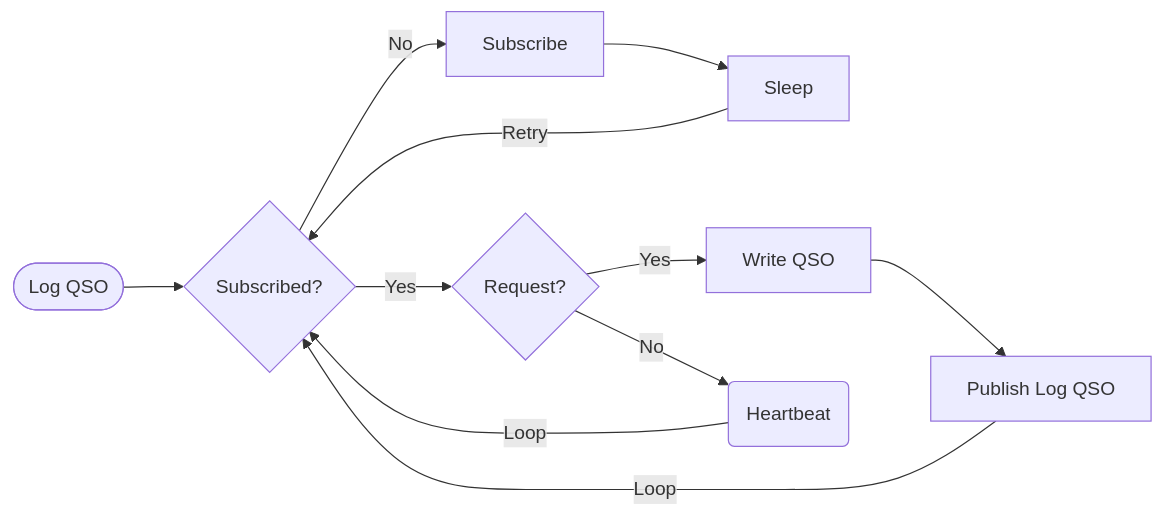
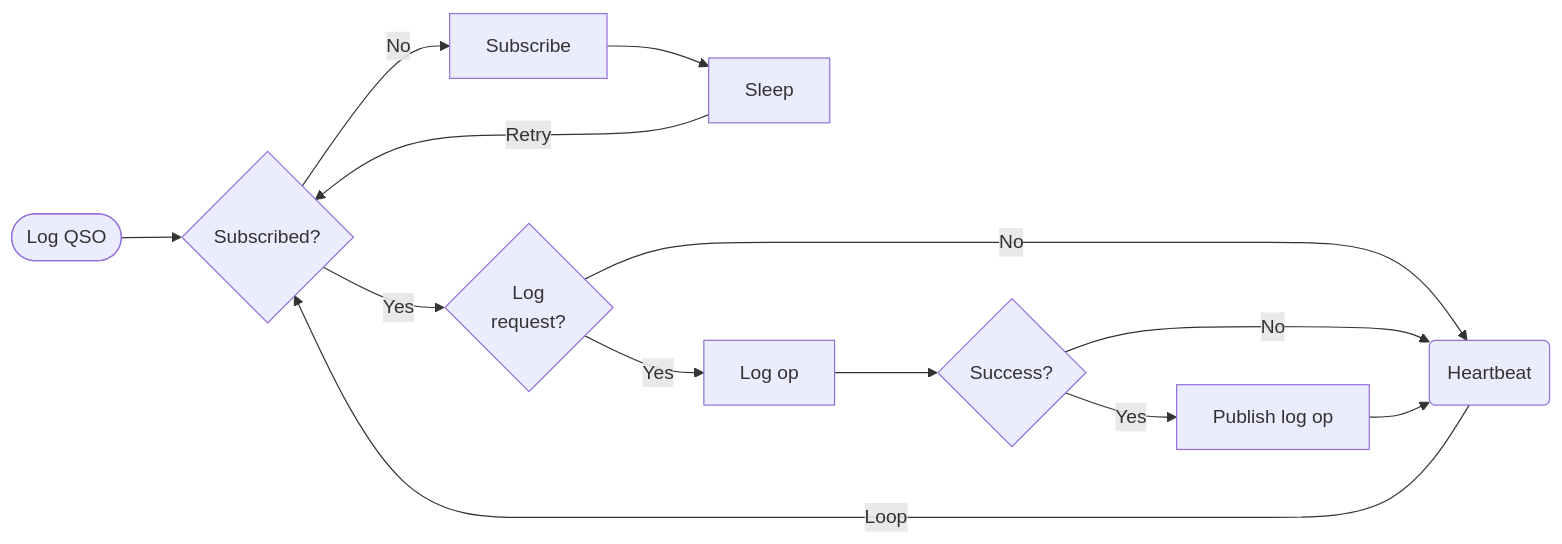
Before and after one commit to ckuhtz/ham: the third of 6 diagrams in doc/workflows.md, drawn with Mermaid. The commit also changed other lines of this file, not shown here.

````diff
--- a/doc/workflows.md
+++ b/doc/workflows.md
@@ -78,14 +120,17 @@
 ```mermaid
 flowchart LR;
     LogQSO([Log QSO]);
+    Request0{Log<br>request?};
     LogQSO --> Subscribed0{Subscribed?};
-    Subscribed0 -->|Yes| Request0{Request?};
+    Subscribed0 -->|Yes| Request0;
     Subscribed0 -->|No| Subscribed1[Subscribe];
     Subscribed1 --> Sleep0[Sleep];
     Sleep0 -->|Retry| Subscribed0;
-    Request0 -->|Yes| WriteQSO0[Write QSO];
+    Request0 -->|Yes| LogOp0[Log op];
     Request0 -->|No| Heartbeat0(Heartbeat);
+    LogOp0 --> LogOp1{Success?};
+    LogOp1 -->|No| Heartbeat0;
+    LogOp1 -->|Yes| Publish0[Publish log op];
+    Publish0 --> Heartbeat0;
     Heartbeat0 -->|Loop| Subscribed0;
-    WriteQSO0 --> Publish0[Publish Log QSO];
-    Publish0 -->|Loop| Subscribed0;
 ```
````
